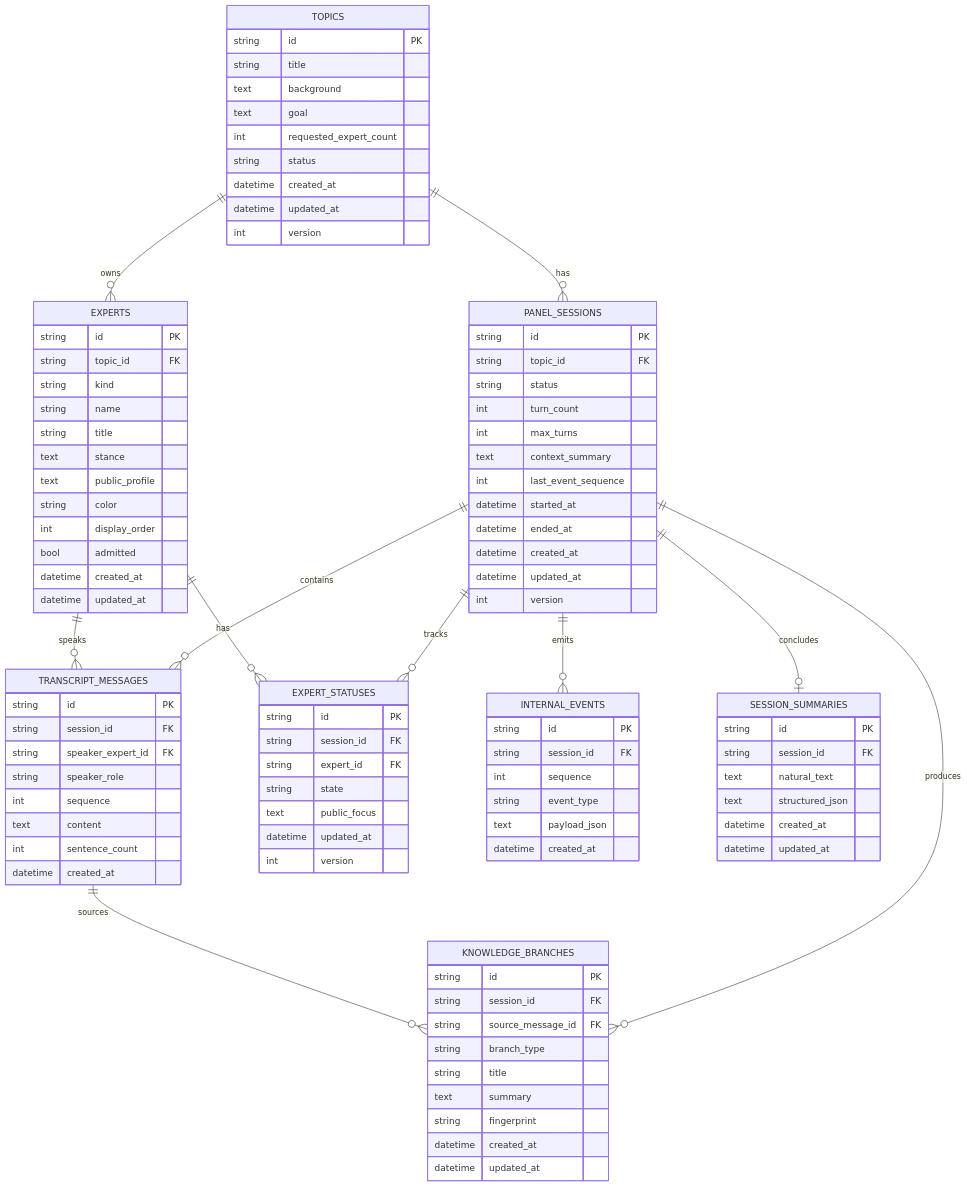
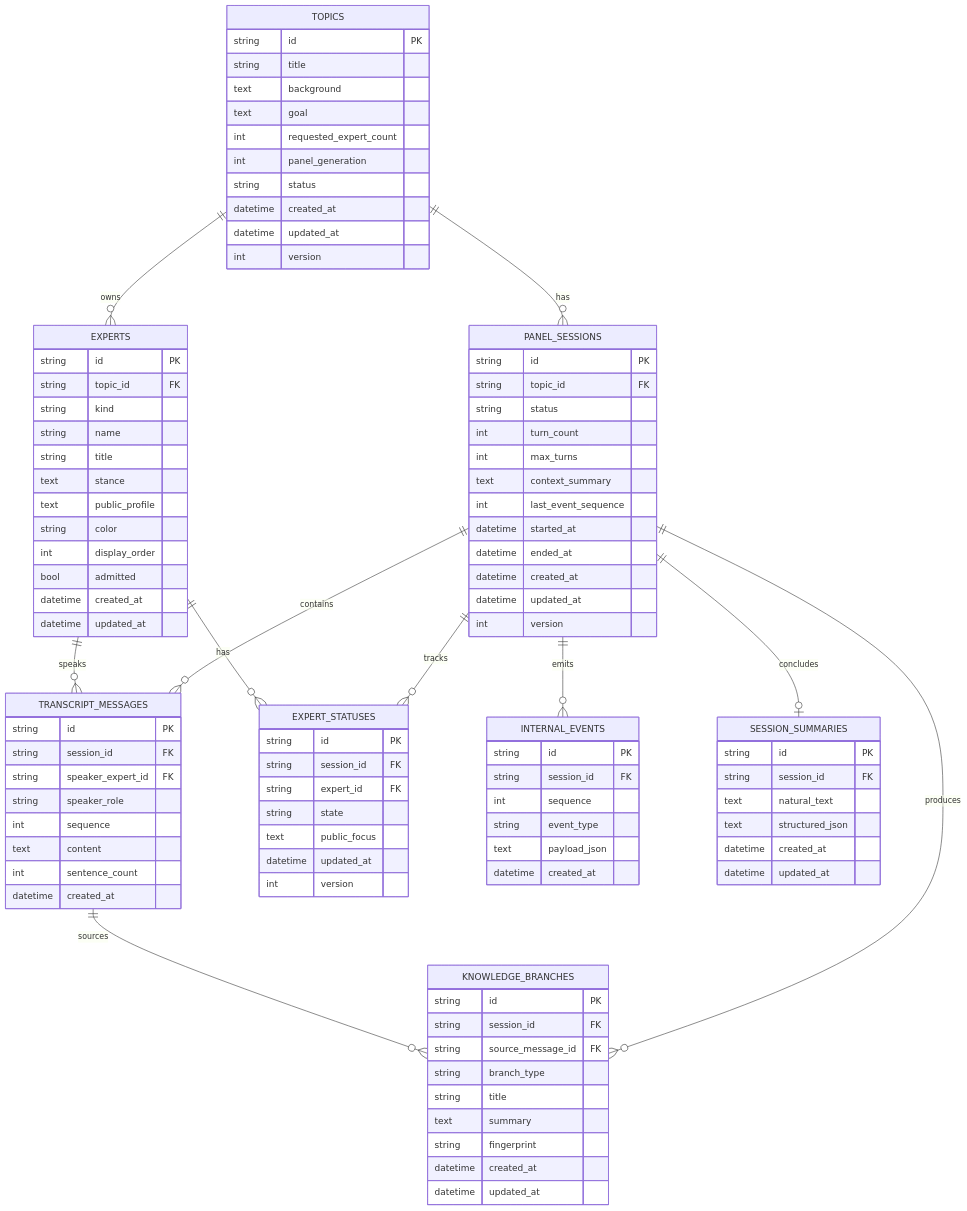
One commit to Zelos02/ai-panel-studio changed the diagram in docs/DATA_MODEL.md. Above: the diagram before and after it, drawn with Mermaid. The commit also changed other lines of this file and 20 other files, not shown here.

```diff
--- a/docs/DATA_MODEL.md
+++ b/docs/DATA_MODEL.md
@@ -29,6 +29,7 @@
       text background
       text goal
       int requested_expert_count
+      int panel_generation
       string status
       datetime created_at
       datetime updated_at
```
